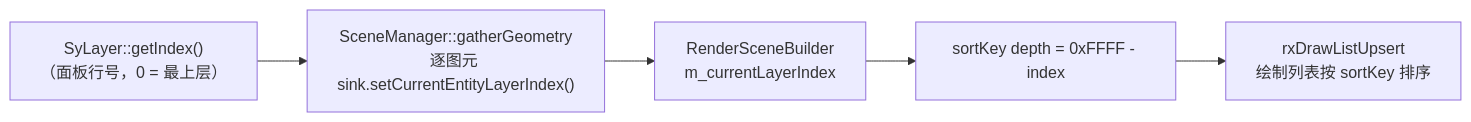
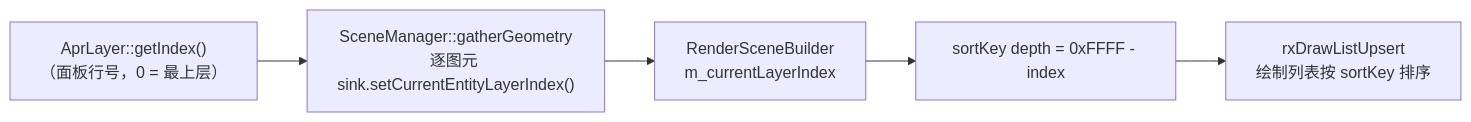
The sixth of 12 diagrams in Docs/01-当前架构/图层.md (yulinxx/CAD), drawn with Mermaid before and after one commit. The commit also changed other lines of this file and 326 other files, not shown here.

````diff
--- a/Docs/01-当前架构/图层.md
+++ b/Docs/01-当前架构/图层.md
@@ -194,7 +194,7 @@
 ```mermaid
 flowchart LR
-    A["SyLayer::getIndex()<br/>（面板行号，0 = 最上层）"] --> B["SceneManager::gatherGeometry<br/>逐图元 sink.setCurrentEntityLayerIndex()"]
+    A["AprLayer::getIndex()<br/>（面板行号，0 = 最上层）"] --> B["SceneManager::gatherGeometry<br/>逐图元 sink.setCurrentEntityLayerIndex()"]
     B --> C["RenderSceneBuilder<br/>m_currentLayerIndex"]
     C --> D["sortKey depth = 0xFFFF - index"]
     D --> E["rxDrawListUpsert<br/>绘制列表按 sortKey 排序"]
 ```
````
